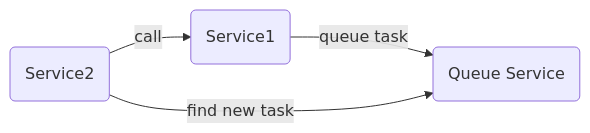
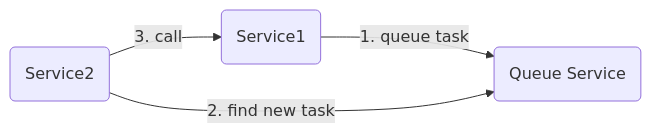
The fifth of 5 diagrams in README.md (akiradeveloper/microservice-pattern), drawn with Mermaid before and after one commit. The commit also changed other lines of this file and 4 other files, not shown here.

````diff
--- a/README.md
+++ b/README.md
@@ -71,9 +71,9 @@
 ```mermaid
 graph LR
   S1(Service1)
   S2(Service2)
   S3(Queue Service)
-  S1 -->|queue task| S3
-  S2 -->|find new task| S3
-  S2 -->|call| S1
+  S1 -->|1. queue task| S3
+  S2 -->|2. find new task| S3
+  S2 -->|3. call| S1
 ```
````
